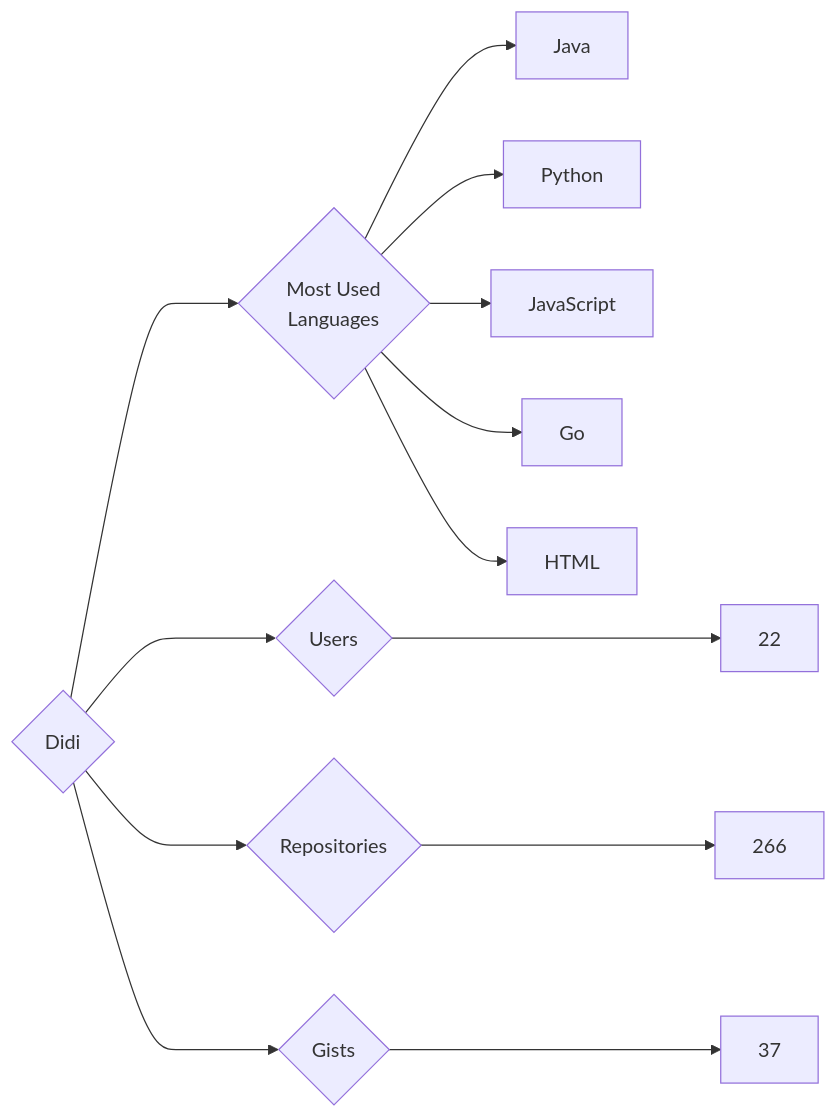
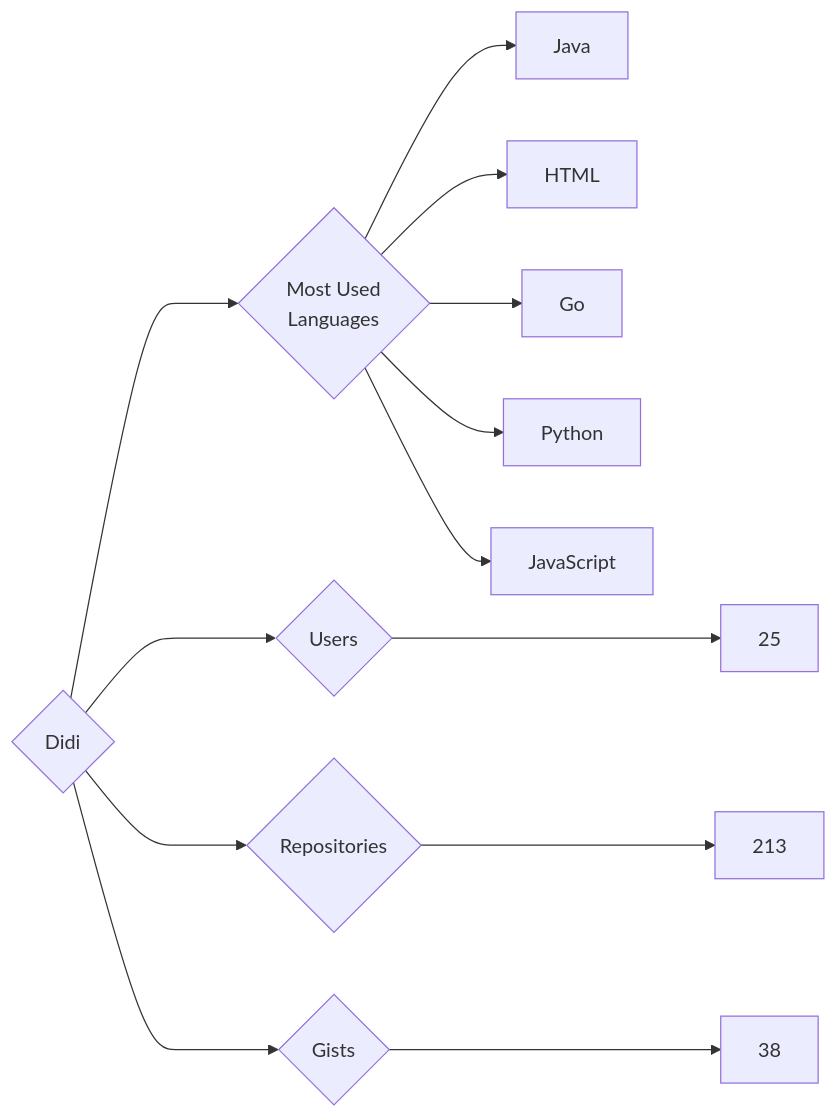
One commit to trickest/insiders changed the diagram in targets/Didi/README.md. Above: the diagram before and after it, drawn with Mermaid. The commit also changed 611 other files, not shown here.

````diff
--- a/targets/Didi/README.md
+++ b/targets/Didi/README.md
@@ -3,13 +3,13 @@
 ```mermaid
 graph LR
 COMPANY_NAME{Didi}
-COMPANY_NAME ---> U{Users} ---> UN[22]
-COMPANY_NAME ---> R{Repositories} ---> RN[266]
-COMPANY_NAME ---> G{Gists} ---> GN[37]
+COMPANY_NAME ---> U{Users} ---> UN[25]
+COMPANY_NAME ---> R{Repositories} ---> RN[213]
+COMPANY_NAME ---> G{Gists} ---> GN[38]
 COMPANY_NAME ---> ML{Most Used<br>Languages}
 ML --> Java[Java]
+ML --> HTML[HTML]
+ML --> Go[Go]
 ML --> Python[Python]
 ML --> JavaScript[JavaScript]
-ML --> Go[Go]
-ML --> HTML[HTML]
 ```
````
